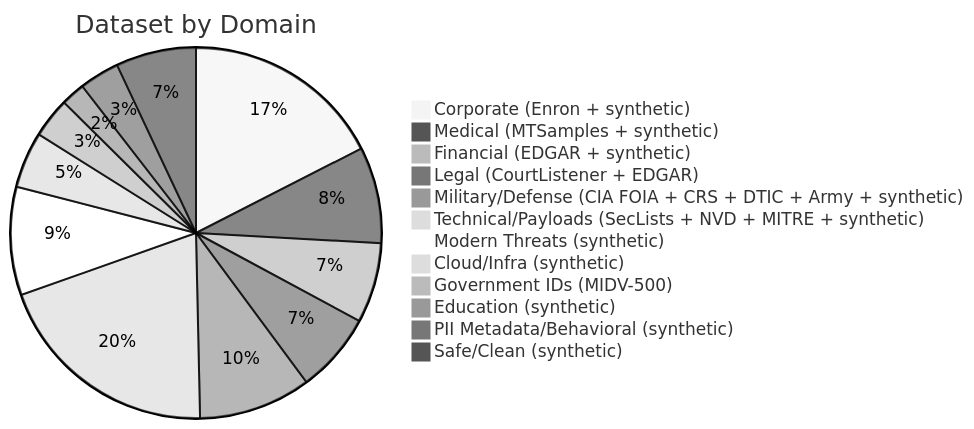
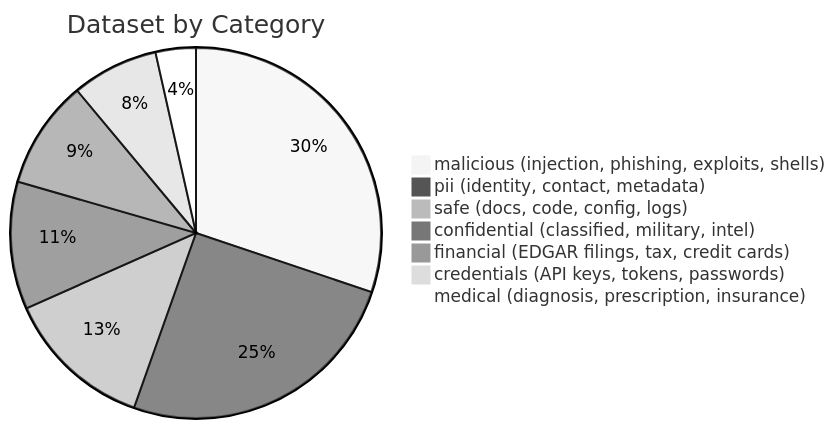
The second of 3 diagrams in docs/CORPUS.md (IvanDobrovolsky/torchsight), drawn with Mermaid (neutral theme) before and after one commit. The commit also changed other lines of this file and 37 other files, not shown here.

````diff
--- a/docs/CORPUS.md
+++ b/docs/CORPUS.md
@@ -235,15 +246,10 @@
 ```mermaid
-pie title Dataset by Domain
-    "Corporate (Enron + synthetic)" : 2500
-    "Medical (MTSamples + synthetic)" : 1200
-    "Financial (EDGAR + synthetic)" : 1000
-    "Legal (CourtListener + EDGAR)" : 1000
-    "Military/Defense (CIA FOIA + CRS + DTIC + Army + synthetic)" : 1400
-    "Technical/Payloads (SecLists + NVD + MITRE + synthetic)" : 2850
-    "Modern Threats (synthetic)" : 1350
-    "Cloud/Infra (synthetic)" : 700
-    "Government IDs (MIDV-500)" : 500
-    "Education (synthetic)" : 300
-    "PII Metadata/Behavioral (synthetic)" : 500
-    "Safe/Clean (synthetic)" : 1000
+pie title Dataset by Category
+    "malicious (injection, phishing, exploits, shells)" : 29157
+    "pii (identity, contact, metadata)" : 24408
+    "safe (docs, code, config, logs)" : 12488
+    "confidential (classified, military, intel)" : 10739
+    "financial (EDGAR filings, tax, credit cards)" : 9155
+    "credentials (API keys, tokens, passwords)" : 7297
+    "medical (diagnosis, prescription, insurance)" : 3398
 ```
````
